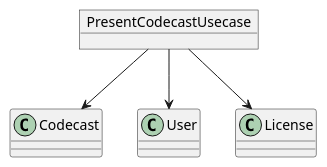
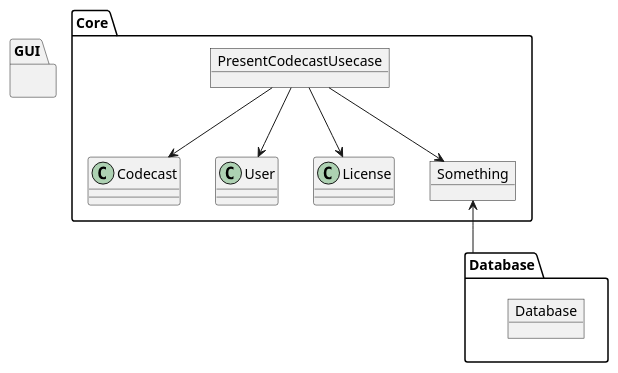
Before and after one commit to sundaycrafts/study-cleancoders-java-case-study: the diagram in schema.puml, drawn with PlantUML. The commit also changed 1 other file, not shown here.

```diff
--- a/schema.puml
+++ b/schema.puml
@@ -1,10 +1,22 @@
 @startuml
-object PresentCodecastUsecase
-class Codecast
-class User
-class License
+package Core {
+  object PresentCodecastUsecase
+  class Codecast
+  class User
+  class License
+  object Something
+}
 
 PresentCodecastUsecase --> Codecast
 PresentCodecastUsecase --> User
 PresentCodecastUsecase --> License
+PresentCodecastUsecase --> Something
+Something <-- Database
+
+package GUI {
+}
+
+package Database {
+  object Database
+}
 @enduml
```
